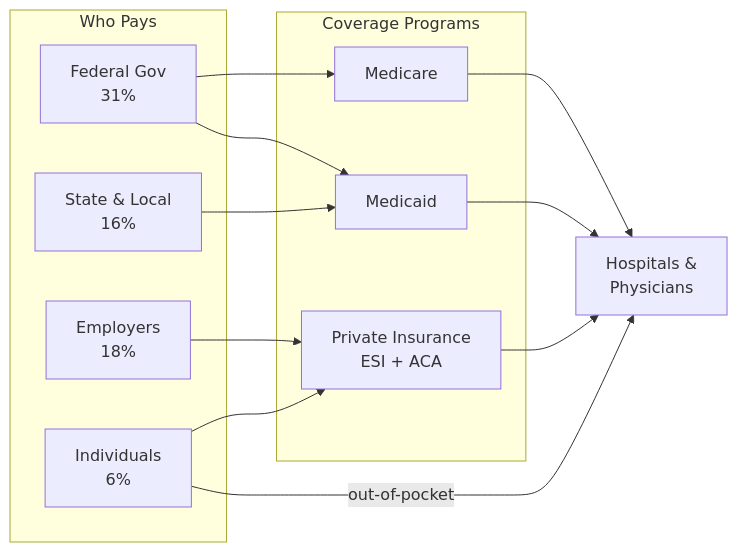
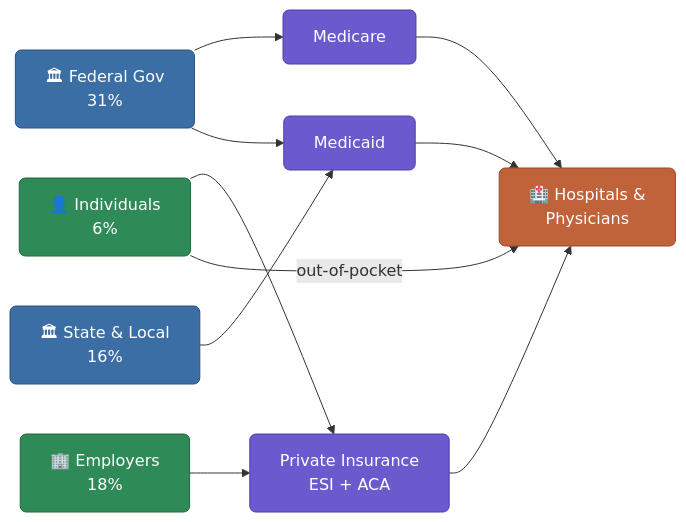
Before and after one commit to Poley77/Quartz: the diagram in content/overview.md, drawn with Mermaid. The commit also changed 1 other file, not shown here.

Commit message:
Remove VBC diagram; add color styling to overview payer flow diagram

````diff
--- a/content/overview.md
+++ b/content/overview.md
@@ -37,28 +37,29 @@
 ```mermaid
 flowchart LR
-    subgraph payers ["Who Pays"]
-        Fed["Federal Gov\n31%"]
-        State["State & Local\n16%"]
-        Emp["Employers\n18%"]
-        Ind["Individuals\n6%"]
-    end
+    classDef gov fill:#3b6ea5,stroke:#2a5080,color:#fff,rx:6
+    classDef private fill:#2e8b57,stroke:#1f6b3e,color:#fff,rx:6
+    classDef program fill:#6a5acd,stroke:#4b3fa8,color:#fff,rx:6
+    classDef provider fill:#c0623a,stroke:#9a4a28,color:#fff,rx:6
 
-    subgraph programs ["Coverage Programs"]
-        Medicare["Medicare"]
-        Medicaid["Medicaid"]
-        Private["Private Insurance\nESI + ACA"]
-    end
+    Fed["🏛 Federal Gov\n31%"]:::gov
+    State["🏛 State & Local\n16%"]:::gov
+    Emp["🏢 Employers\n18%"]:::private
+    Ind["👤 Individuals\n6%"]:::private
 
-    Providers["Hospitals &\nPhysicians"]
+    Medicare["Medicare"]:::program
+    Medicaid["Medicaid"]:::program
+    Private["Private Insurance\nESI + ACA"]:::program
+
+    Providers["🏥 Hospitals &\nPhysicians"]:::provider
 
     Fed --> Medicare
     Fed --> Medicaid
     State --> Medicaid
     Emp --> Private
     Ind --> Private
     Ind -->|out-of-pocket| Providers
 
     Medicare --> Providers
     Medicaid --> Providers
     Private --> Providers
 ```
````
